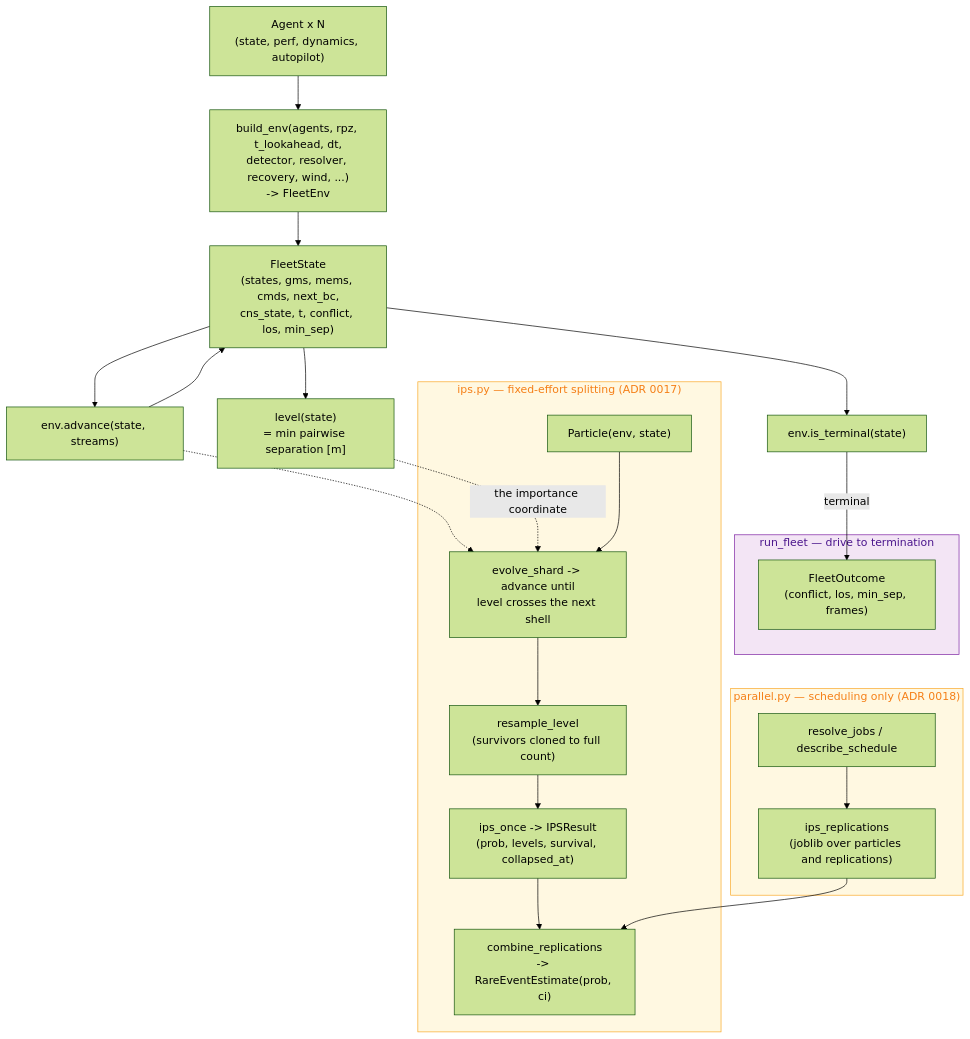
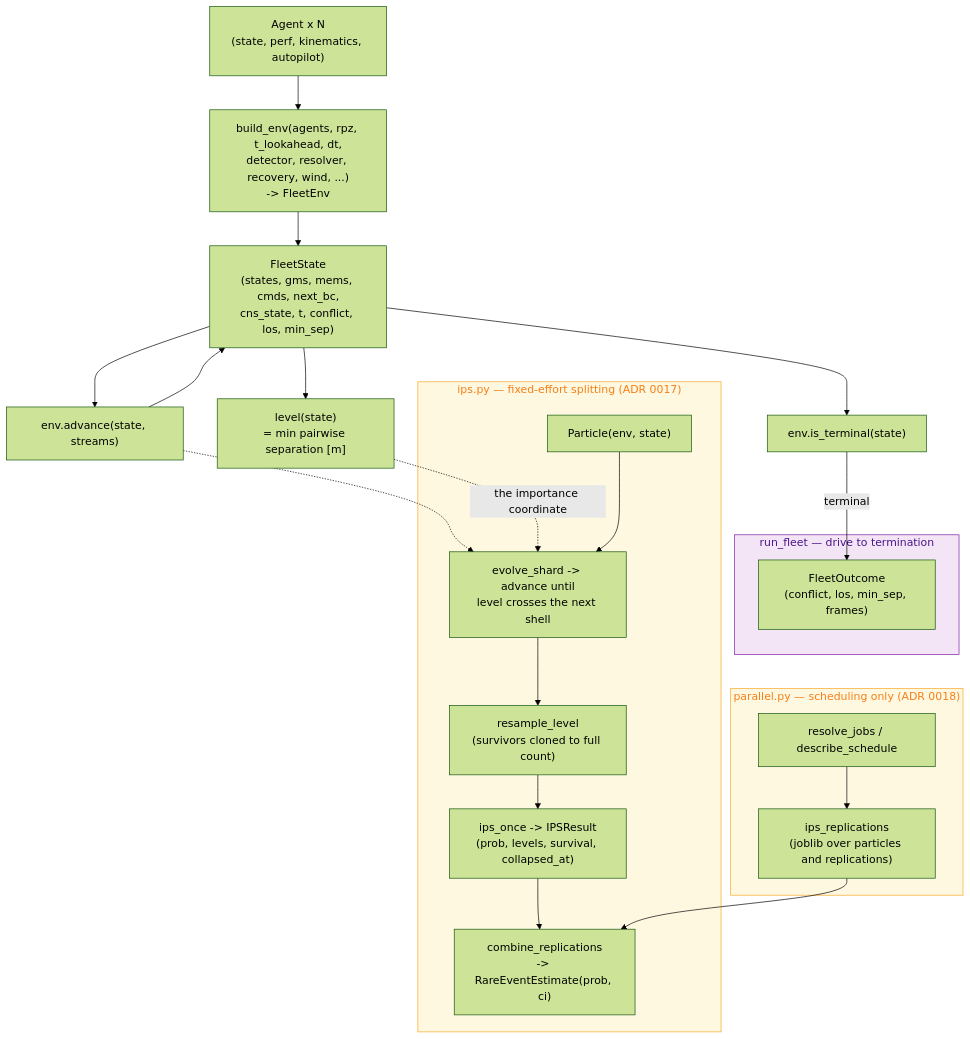
Before and after one commit to fazlurnu/OpenCDaRR: the second of 5 diagrams in vault/architecture-dataflow.md, drawn with Mermaid (forest theme). The commit also changed other lines of this file and 3 other files, not shown here.

````diff
--- a/vault/architecture-dataflow.md
+++ b/vault/architecture-dataflow.md
@@ -99,41 +99,41 @@
 ```mermaid
 flowchart TB
-    AGENTS["Agent x N<br/>(state, perf, dynamics, autopilot)"]
+    AGENTS["Agent x N<br/>(state, perf, kinematics, autopilot)"]
     ENV["build_env(agents, rpz, t_lookahead, dt,<br/>detector, resolver, recovery, wind, ...)<br/>-> FleetEnv"]
     S0["FleetState<br/>(states, gms, mems, cmds, next_bc,<br/>cns_state, t, conflict, los, min_sep)"]
     ADV["env.advance(state, streams)"]
     TERM["env.is_terminal(state)"]
     LVL["level(state)<br/>= min pairwise separation [m]"]
 
     AGENTS --> ENV --> S0
     S0 --> ADV --> S0
     S0 --> TERM
     S0 --> LVL
 
     subgraph mc["run_fleet — drive to termination"]
         FO["FleetOutcome<br/>(conflict, los, min_sep, frames)"]
     end
     TERM -->|"terminal"| FO
 
     subgraph ips["ips.py — fixed-effort splitting (ADR 0017)"]
         PART["Particle(env, state)"]
         EVOLVE["evolve_shard -> advance until<br/>level crosses the next shell"]
         RESAMP["resample_level<br/>(survivors cloned to full count)"]
         ONCE["ips_once -> IPSResult<br/>(prob, levels, survival, collapsed_at)"]
         COMB["combine_replications<br/>-> RareEventEstimate(prob, ci)"]
     end
     ADV -.-> EVOLVE
     LVL -.->|"the importance coordinate"| EVOLVE
     PART --> EVOLVE --> RESAMP --> ONCE --> COMB
 
     subgraph par["parallel.py — scheduling only (ADR 0018)"]
         SCHED["resolve_jobs / describe_schedule"]
         REPL["ips_replications<br/>(joblib over particles and replications)"]
     end
     SCHED --> REPL --> COMB
 
     classDef flowc fill:#f3e5f5,stroke:#7b1fa2,color:#4a148c
     classDef ipsc fill:#fff8e1,stroke:#f9a825,color:#f57f17
     class mc flowc
     class ips,par ipsc
 ```
````
